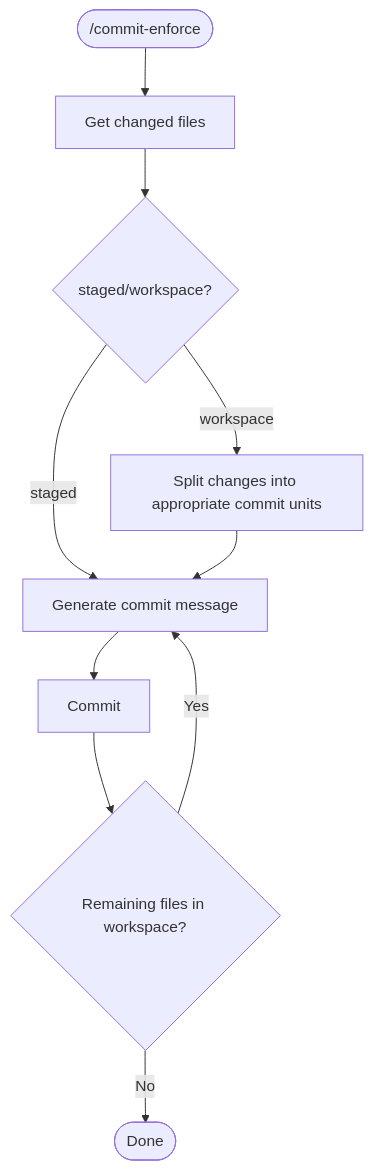
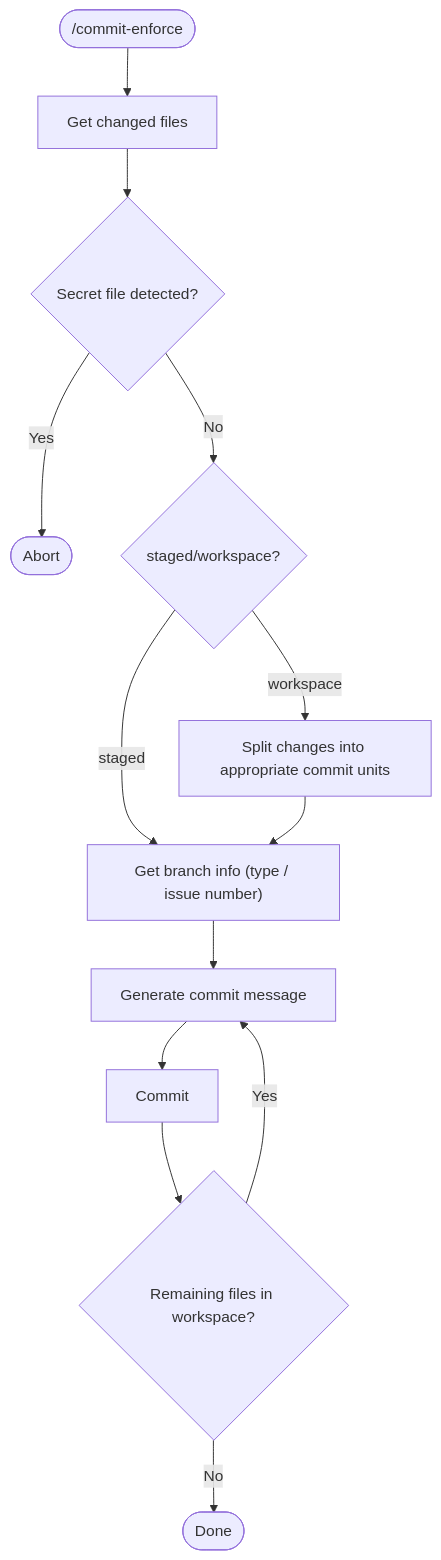
One commit to Flupinochan/metalmental-claude changed the diagram in plugins/git-github-workflow/README.md. Above: the diagram before and after it, drawn with Mermaid. The commit also changed other lines of this file and 5 other files, not shown here.

````diff
--- a/plugins/git-github-workflow/README.md
+++ b/plugins/git-github-workflow/README.md
@@ -26,12 +27,15 @@
 ```mermaid
 flowchart TD
     A(["/commit-enforce"]) --> B["Get changed files"]
-    B --> G{staged/workspace?}
-    G -- staged --> J
+    B --> S{Secret file detected?}
+    S -- Yes --> X([Abort])
+    S -- No --> G{staged/workspace?}
+    G -- staged --> I
     G -- workspace --> H["Split changes into appropriate commit units"]
-    H --> J["Generate commit message"]
+    H --> I["Get branch info (type / issue number)"]
+    I --> J["Generate commit message"]
     J --> K["Commit"]
     K --> L{Remaining files in workspace?}
     L -- Yes --> J
     L -- No --> M([Done])
 ```
````
